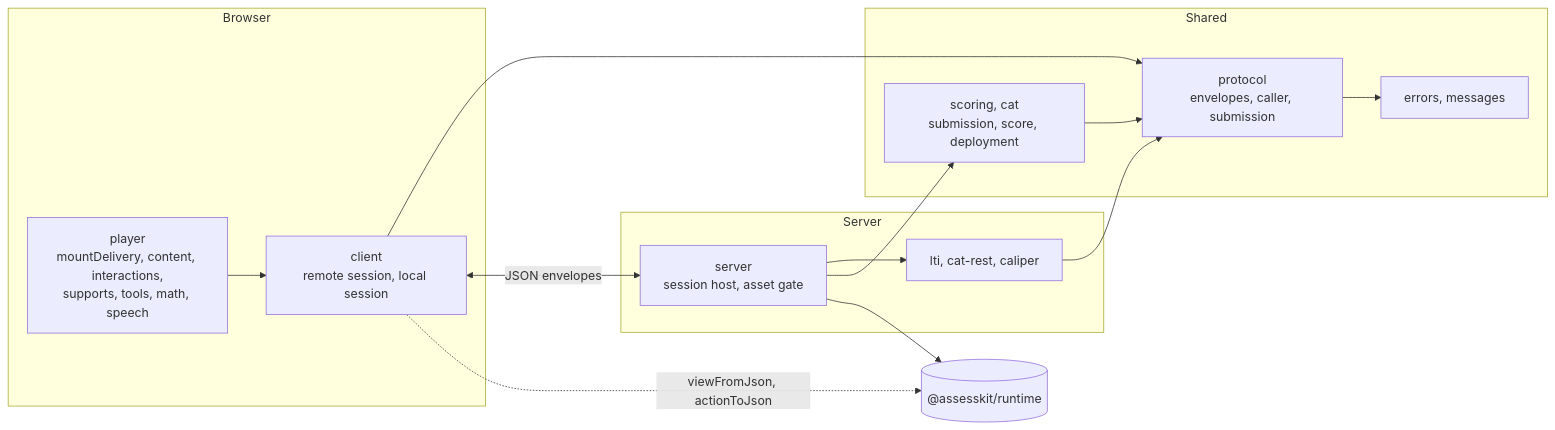
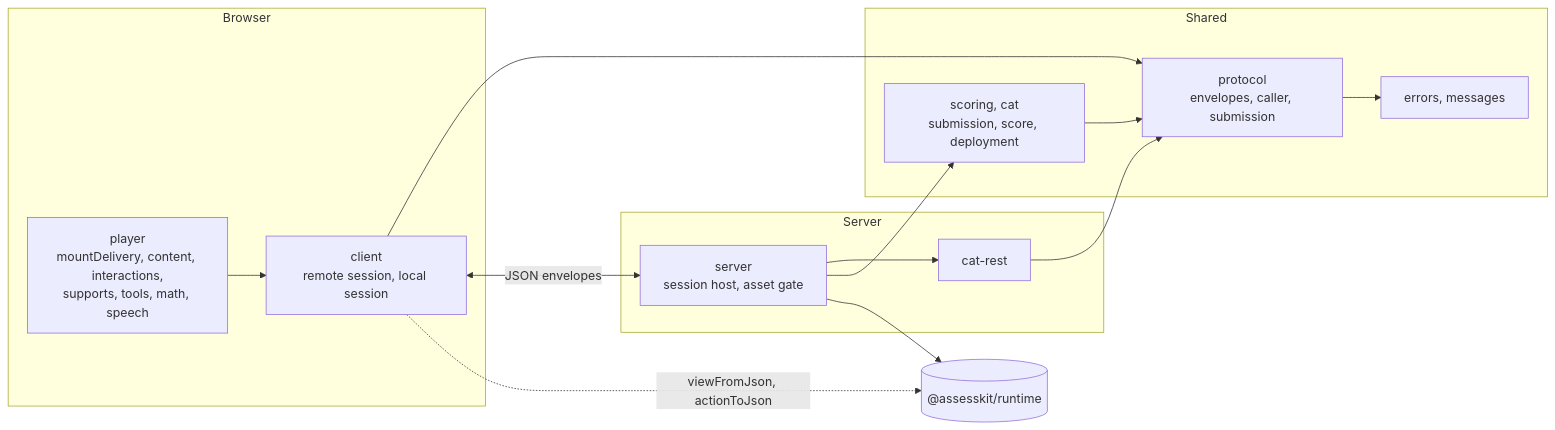
One commit to assesskit/assesskit changed the diagram in packages/player/README.md. Above: the diagram before and after it, drawn with Mermaid. The commit also changed other lines of this file and 138 other files, not shown here.

First line of the commit message:
Move LTI and Caliper out of the player and keep four ports

````diff
--- a/packages/player/README.md
+++ b/packages/player/README.md
@@ -10,24 +11,24 @@
 ```mermaid
 flowchart LR
   subgraph browser["Browser"]
     player["player<br/>mountDelivery, content, interactions,<br/>supports, tools, math, speech"]
     client["client<br/>remote session, local session"]
   end
   subgraph shared["Shared"]
     protocol["protocol<br/>envelopes, caller, submission"]
     practice["scoring, cat<br/>submission, score, deployment"]
     base["errors, messages"]
   end
   subgraph server["Server"]
     host["server<br/>session host, asset gate"]
-    integrations["lti, cat-rest, caliper"]
+    integrations["cat-rest"]
   end
   runtime[("@assesskit/runtime")]
   player --> client --> protocol
   client <-->|"JSON envelopes"| host
   host --> integrations --> protocol
   host --> practice --> protocol
   protocol --> base
   host --> runtime
   client -.->|"viewFromJson, actionToJson"| runtime
 ```
````
